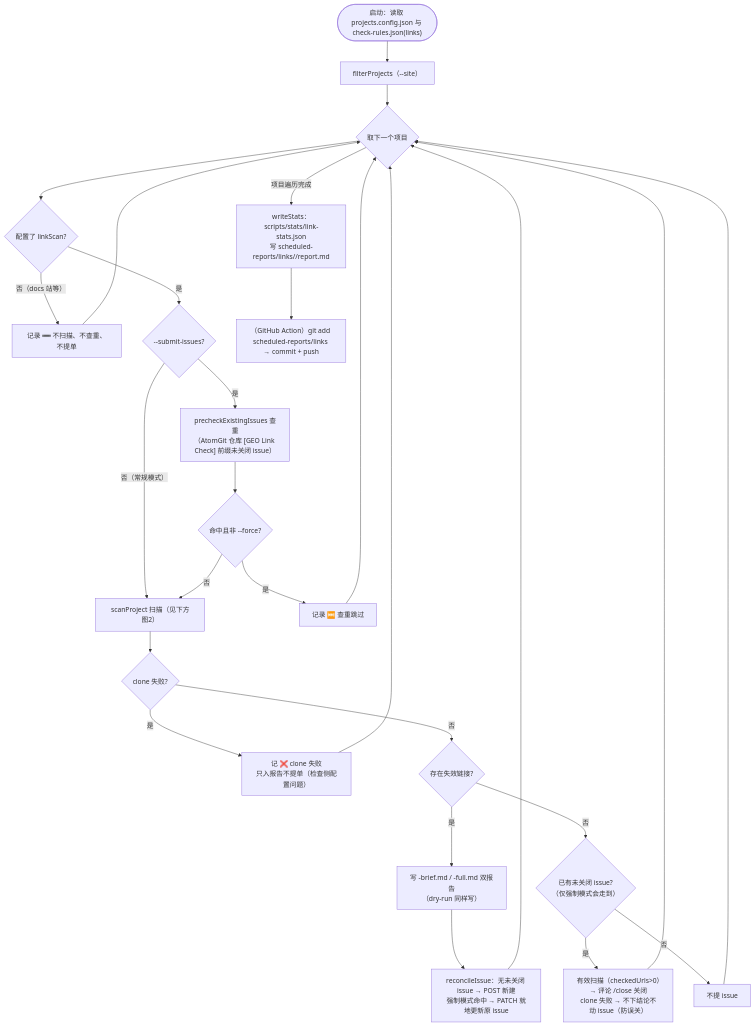
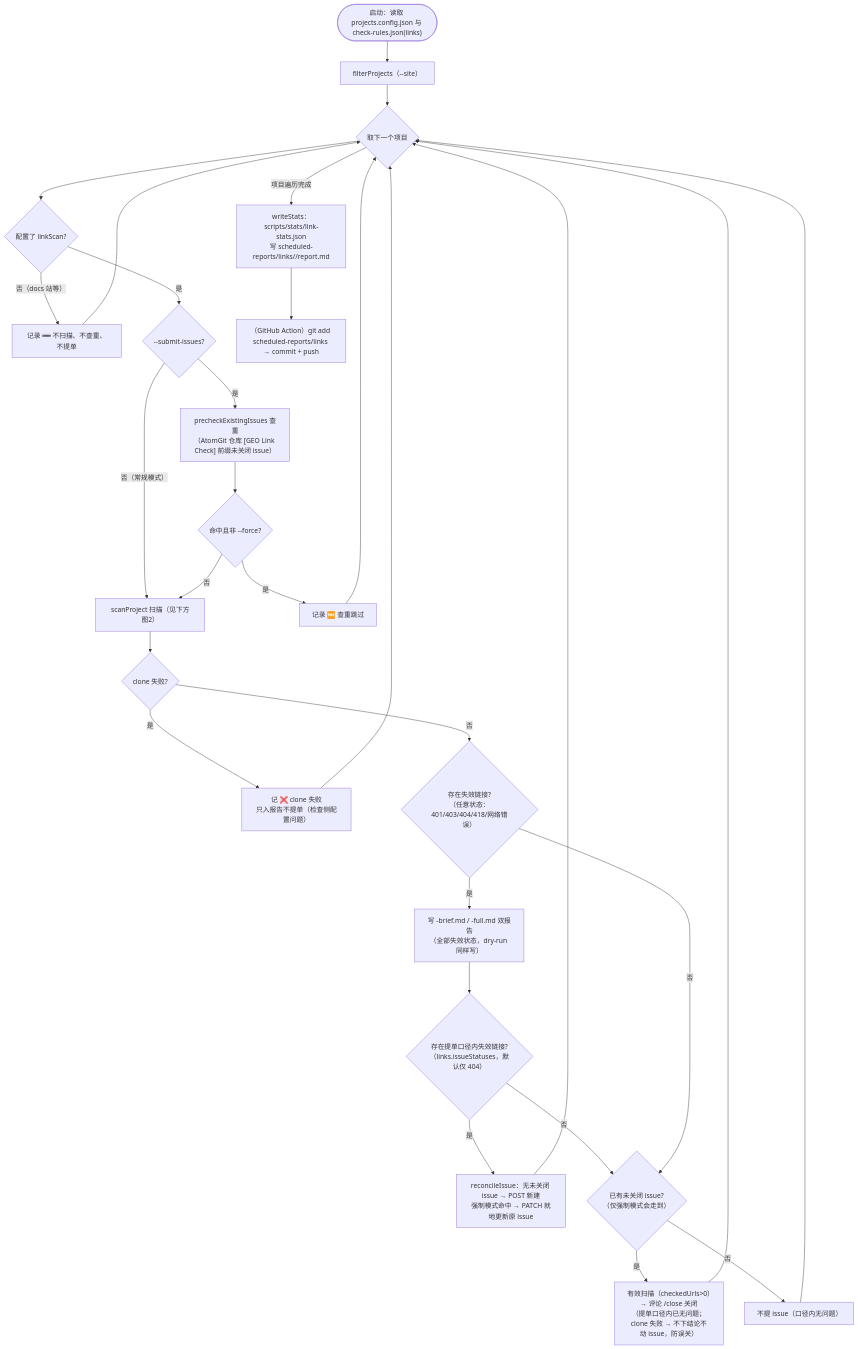
One commit to opensourceways/daily-check-workflow changed the first of 2 diagrams in measures/11-broken-link/工具与脚本.md. Above: the diagram before and after it, drawn with Mermaid. The commit also changed other lines of this file and 6 other files, not shown here.

````diff
--- a/measures/11-broken-link/工具与脚本.md
+++ b/measures/11-broken-link/工具与脚本.md
@@ -73,28 +73,30 @@
 ```mermaid
 flowchart TD
     S(["启动：读取 projects.config.json 与 check-rules.json(links)"]) --> FLT["filterProjects（--site）"]
     FLT --> LOOP{"取下一个项目"}
 
     LOOP --> CFG{"配置了 linkScan?"}
     CFG -->|"否（docs 站等）"| REC["记录 ➖ 不扫描、不查重、不提单"]
     CFG -->|"是"| MODE{"--submit-issues?"}
 
     MODE -->|"否（常规模式）"| SCAN
     MODE -->|"是"| PRE["precheckExistingIssues 查重<br/>（AtomGit 仓库 [GEO Link Check] 前缀未关闭 issue）"]
     PRE --> BLOCK{"命中且非 --force?"}
     BLOCK -->|"是"| SKIP["记录 ⏭️ 查重跳过"]
     BLOCK -->|"否"| SCAN["scanProject 扫描（见下方图2）"]
 
     SCAN --> ERR{"clone 失败?"}
     ERR -->|"是"| RECERR["记 ❌ clone 失败<br/>只入报告不提单（检查侧配置问题）"]
-    ERR -->|"否"| ISSUE{"存在失效链接?"}
+    ERR -->|"否"| ANY{"存在失效链接?<br/>（任意状态：401/403/404/418/网络错误）"}
 
-    ISSUE -->|"是"| DUAL["写 <ID>-brief.md / <ID>-full.md 双报告<br/>（dry-run 同样写）"] --> RECON["reconcileIssue：无未关闭 issue → POST 新建<br/>强制模式命中 → PATCH 就地更新原 issue"]
-    ISSUE -->|"否"| CLEAN{"已有未关闭 issue?<br/>（仅强制模式会走到）"}
-    CLEAN -->|"是"| CLOSE["有效扫描（checkedUrls>0）→ 评论 /close 关闭<br/>clone 失败 → 不下结论不动 issue（防误关）"]
-    CLEAN -->|"否"| PASS["不提 issue"]
+    ANY -->|"是"| DUAL["写 <ID>-brief.md / <ID>-full.md 双报告<br/>（全部失效状态，dry-run 同样写）"] --> ISSUEQ{"存在提单口径内失效链接?<br/>（links.issueStatuses，默认仅 404）"}
+    ISSUEQ -->|"是"| RECON["reconcileIssue：无未关闭 issue → POST 新建<br/>强制模式命中 → PATCH 就地更新原 issue"]
+    ISSUEQ -->|"否"| CLEAN{"已有未关闭 issue?<br/>（仅强制模式会走到）"}
+    ANY -->|"否"| CLEAN
+    CLEAN -->|"是"| CLOSE["有效扫描（checkedUrls>0）→ 评论 /close 关闭<br/>（提单口径内已无问题；clone 失败 → 不下结论不动 issue，防误关）"]
+    CLEAN -->|"否"| PASS["不提 issue（口径内无问题）"]
 
     REC & SKIP & RECERR & RECON & CLOSE & PASS --> LOOP
     LOOP -->|"项目遍历完成"| OUT["writeStats：scripts/stats/link-stats.json<br/>写 scheduled-reports/links/<date>/report.md"]
     OUT --> COMMIT["（GitHub Action）git add scheduled-reports/links → commit + push"]
 ```
````
